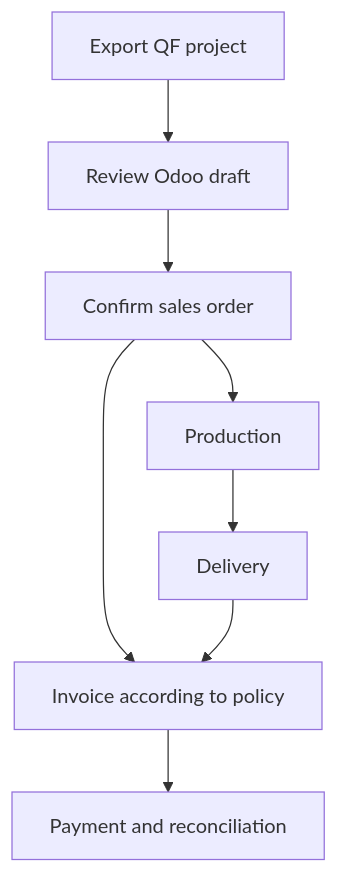
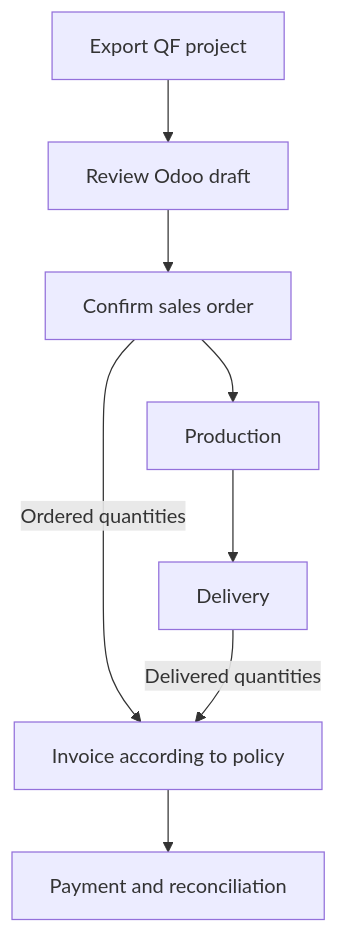
The first of 2 diagrams in qf2odoo/workflow.mdx (SheetMetalConnect/smc-mintlify), drawn with Mermaid before and after one commit. The commit also changed other lines of this file and 1 other file, not shown here.

````diff
--- a/qf2odoo/workflow.mdx
+++ b/qf2odoo/workflow.mdx
@@ -26,10 +26,10 @@
 ```mermaid
 flowchart TB
   Q["Export QF project"] --> D["Review Odoo draft"]
   D --> C["Confirm sales order"]
   C --> P["Production"]
   P --> L["Delivery"]
-  C --> I["Invoice according to policy"]
-  L --> I
+  C -->|"Ordered quantities"| I["Invoice according to policy"]
+  L -->|"Delivered quantities"| I
   I --> R["Payment and reconciliation"]
 ```
````
